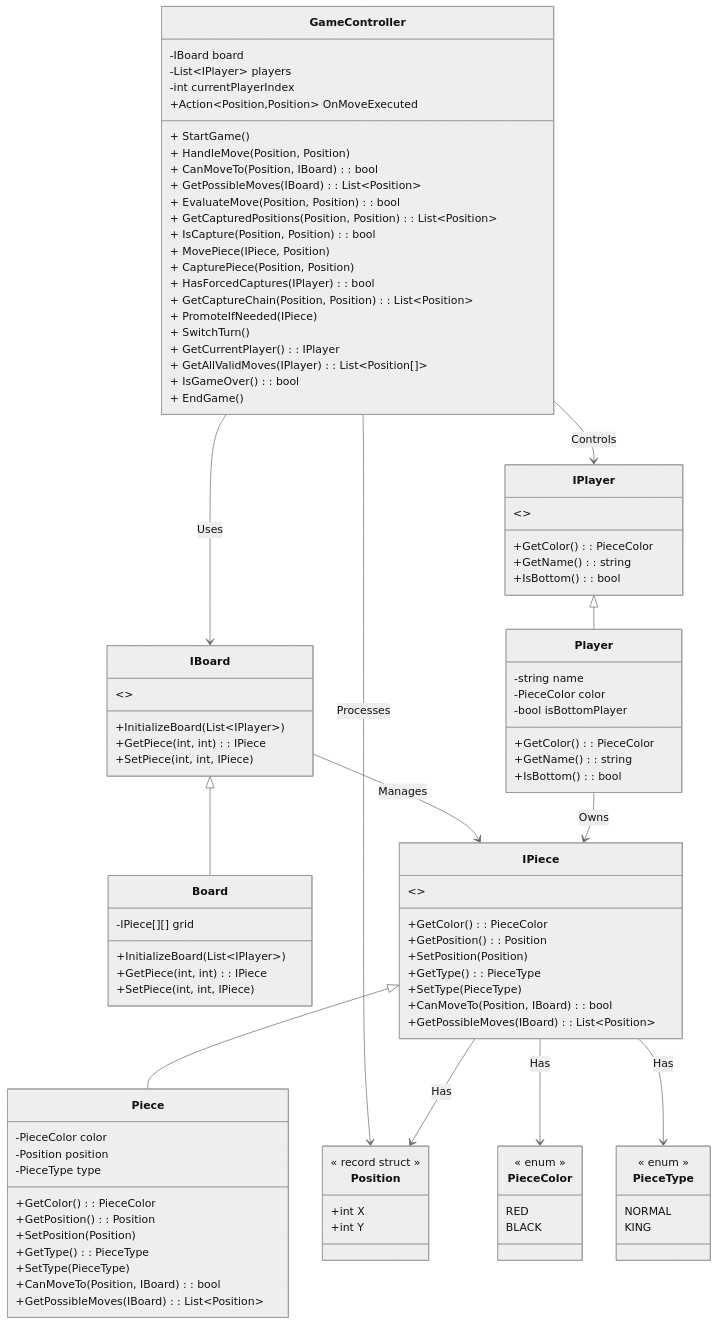
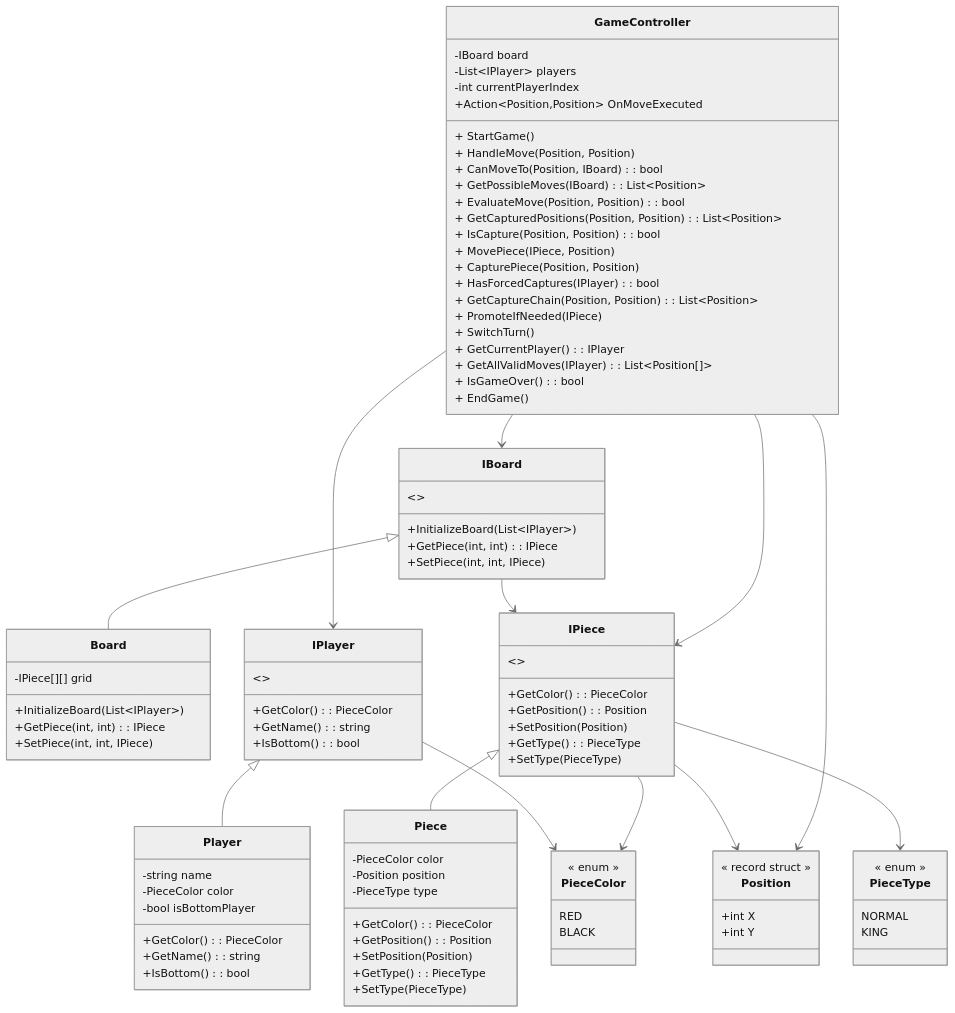
One commit to alifrain/Bootcamp changed the diagram in Day8/test.mmd. Above: the diagram before and after it, drawn with Mermaid (neutral theme). The commit also changed 7 other files, not shown here.

```diff
--- a/Day8/test.mmd
+++ b/Day8/test.mmd
@@ -1,108 +1,108 @@
 classDiagram
     class GameController {
         -IBoard board
         -List~IPlayer~ players
         -int currentPlayerIndex
         +Action~Position,Position~ OnMoveExecuted
         + StartGame()
         + HandleMove(Position, Position)
         + CanMoveTo(Position, IBoard): bool
         + GetPossibleMoves(IBoard): List~Position~
         + EvaluateMove(Position, Position): bool
         + GetCapturedPositions(Position, Position): List~Position~
         + IsCapture(Position, Position): bool
         + MovePiece(IPiece, Position)
         + CapturePiece(Position, Position)
         + HasForcedCaptures(IPlayer): bool      
         + GetCaptureChain(Position, Position): List~Position~
         + PromoteIfNeeded(IPiece)
         + SwitchTurn()
         + GetCurrentPlayer(): IPlayer
         + GetAllValidMoves(IPlayer): List~Position[]~
         + IsGameOver(): bool
         + EndGame()
     }
 
     class IBoard {
         +InitializeBoard(List~IPlayer~)
         +GetPiece(int, int): IPiece
         +SetPiece(int, int, IPiece)
         <>
     }
 
     class Board {
         -IPiece[][] grid
         +InitializeBoard(List~IPlayer~)
         +GetPiece(int, int): IPiece
         +SetPiece(int, int, IPiece)
     }
 
     class IPlayer {
         +GetColor(): PieceColor
         +GetName(): string
         +IsBottom(): bool
         <>
     }
 
     class Player {
         -string name
         -PieceColor color
         -bool isBottomPlayer
         +GetColor(): PieceColor
         +GetName(): string
         +IsBottom(): bool
     }
 
     class Position {
         +int X
         +int Y
         << record struct >>
     }
 
     class PieceType {
         NORMAL
         KING
         << enum >>
     }
 
     class PieceColor {
         RED
         BLACK
         << enum >>
     }
 
     class IPiece {
         +GetColor(): PieceColor
         +GetPosition(): Position
         +SetPosition(Position)
         +GetType(): PieceType
         +SetType(PieceType)
-        +CanMoveTo(Position, IBoard): bool
-        +GetPossibleMoves(IBoard): List~Position~
         <>
     }
 
     class Piece {
         -PieceColor color
         -Position position
         -PieceType type
         +GetColor(): PieceColor
         +GetPosition(): Position
         +SetPosition(Position)
         +GetType(): PieceType
         +SetType(PieceType)
-        +CanMoveTo(Position, IBoard): bool
-        +GetPossibleMoves(IBoard): List~Position~
     }
 
-    GameController --> IBoard : Uses
-    GameController --> IPlayer : Controls
-    GameController --> Position : Processes
+   GameController --> IBoard
+    GameController --> IPlayer
+    GameController --> IPiece
+    GameController --> Position
+
     IBoard <|-- Board
     IPlayer <|-- Player
     IPiece <|-- Piece
-    IBoard --> IPiece : Manages
-    IPiece --> Position : Has
-    IPiece --> PieceColor : Has
-    IPiece --> PieceType : Has
-    Player --> IPiece : Owns
+    
+    IPiece --> Position
+    IPiece --> PieceColor
+    IPiece --> PieceType
+    
+    IBoard --> IPiece
+    IPlayer --> PieceColor
```
